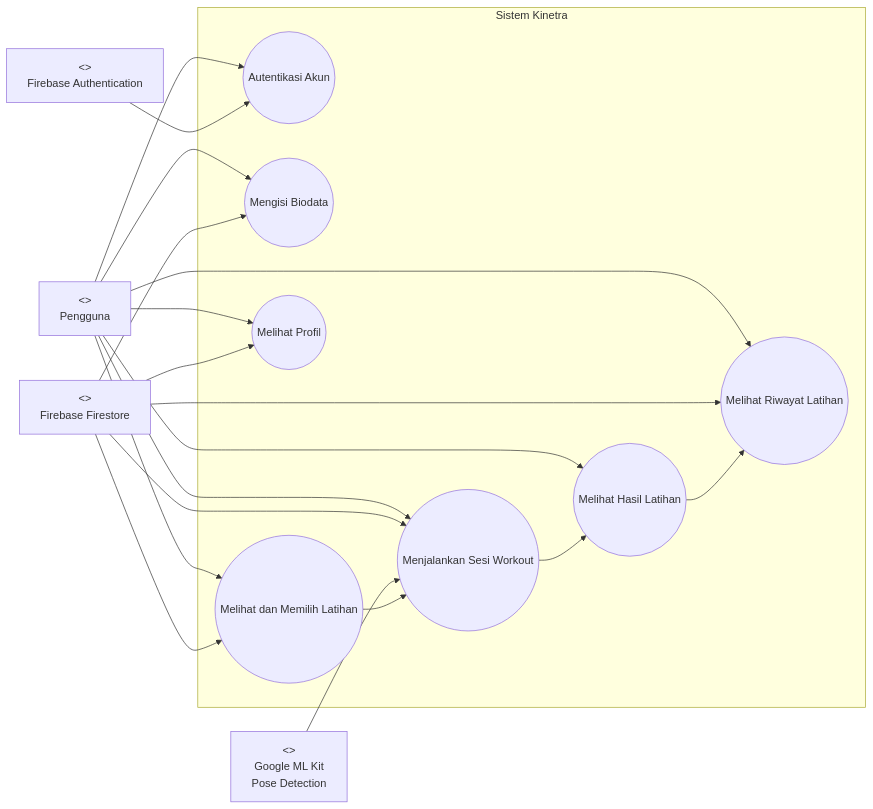
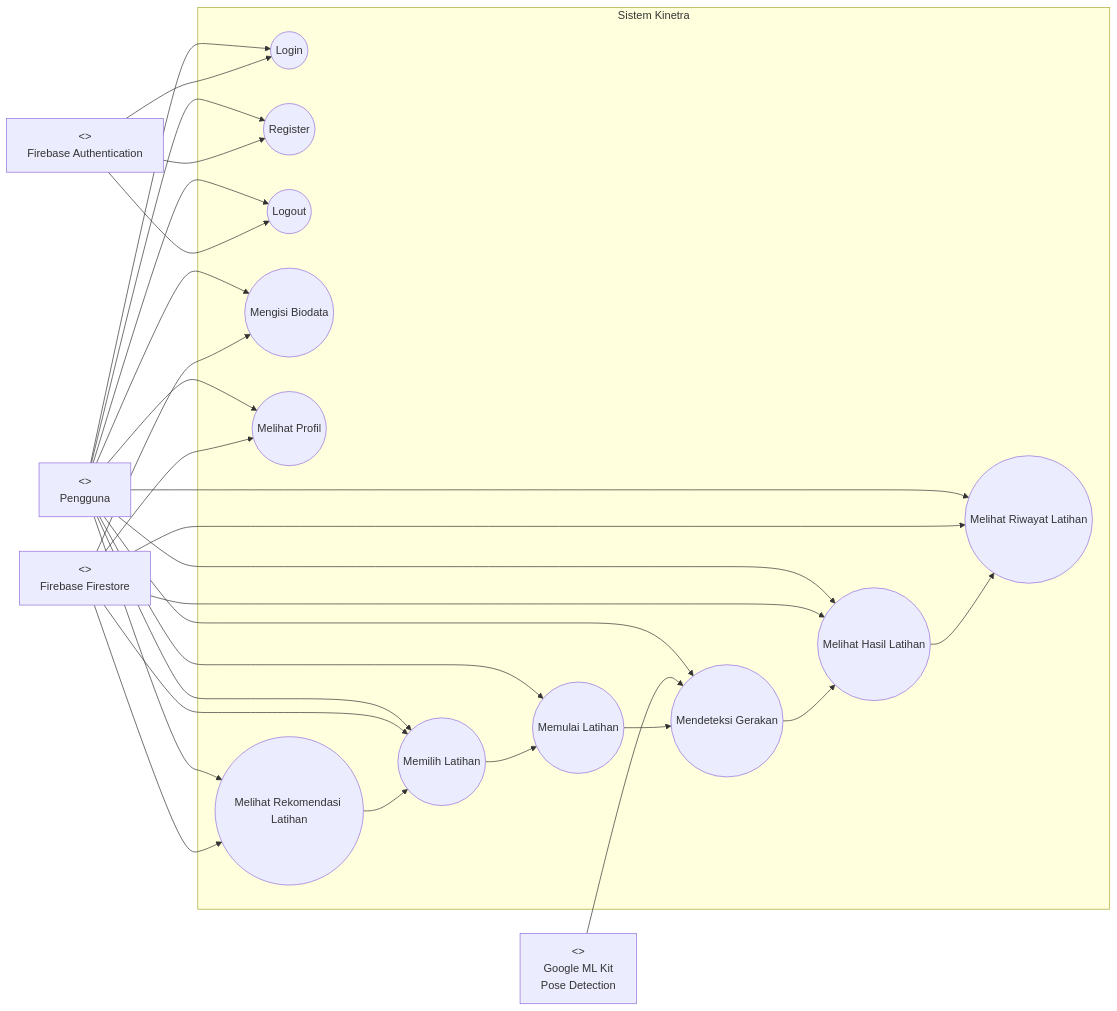
One commit to arifrachmatdx/Kinetra changed the first of 24 diagrams in docs/uml.md. Above: the diagram before and after it, drawn with Mermaid. The commit also changed other lines of this file and 1 other file, not shown here.

Commit message:
docs: align UML diagrams with requested use cases

````diff
--- a/docs/uml.md
+++ b/docs/uml.md
@@ -16,37 +16,52 @@
 ```mermaid
 flowchart LR
     Pengguna["<<actor>>\nPengguna"]
-    MLKit["<<actor>>\nGoogle ML Kit\nPose Detection"]
     FirebaseAuth["<<actor>>\nFirebase Authentication"]
     Firestore["<<actor>>\nFirebase Firestore"]
+    MLKit["<<actor>>\nGoogle ML Kit\nPose Detection"]
 
     subgraph Sistem["Sistem Kinetra"]
-        UCAuth(("Autentikasi Akun"))
+        UCLogin(("Login"))
+        UCRegister(("Register"))
+        UCLogout(("Logout"))
         UCBiodata(("Mengisi Biodata"))
-        UCWorkoutCatalog(("Melihat dan Memilih Latihan"))
-        UCWorkoutSession(("Menjalankan Sesi Workout"))
+        UCProfile(("Melihat Profil"))
+        UCRecommendation(("Melihat Rekomendasi Latihan"))
+        UCChooseWorkout(("Memilih Latihan"))
+        UCStartWorkout(("Memulai Latihan"))
+        UCDetectMovement(("Mendeteksi Gerakan"))
         UCResult(("Melihat Hasil Latihan"))
         UCHistory(("Melihat Riwayat Latihan"))
-        UCProfile(("Melihat Profil"))
     end
 
-    Pengguna --> UCAuth
+    Pengguna --> UCLogin
+    Pengguna --> UCRegister
+    Pengguna --> UCLogout
     Pengguna --> UCBiodata
-    Pengguna --> UCWorkoutCatalog
-    Pengguna --> UCWorkoutSession
+    Pengguna --> UCProfile
+    Pengguna --> UCRecommendation
+    Pengguna --> UCChooseWorkout
+    Pengguna --> UCStartWorkout
+    Pengguna --> UCDetectMovement
     Pengguna --> UCResult
     Pengguna --> UCHistory
-    Pengguna --> UCProfile
 
-    FirebaseAuth --> UCAuth
+    FirebaseAuth --> UCLogin
+    FirebaseAuth --> UCRegister
+    FirebaseAuth --> UCLogout
+
     Firestore --> UCBiodata
-    Firestore --> UCWorkoutCatalog
-    Firestore --> UCWorkoutSession
+    Firestore --> UCProfile
+    Firestore --> UCRecommendation
+    Firestore --> UCChooseWorkout
+    Firestore --> UCResult
     Firestore --> UCHistory
-    Firestore --> UCProfile
-    MLKit --> UCWorkoutSession
 
-    UCWorkoutCatalog --> UCWorkoutSession
-    UCWorkoutSession --> UCResult
+    MLKit --> UCDetectMovement
+
+    UCRecommendation --> UCChooseWorkout
+    UCChooseWorkout --> UCStartWorkout
+    UCStartWorkout --> UCDetectMovement
+    UCDetectMovement --> UCResult
     UCResult --> UCHistory
 ```
````
